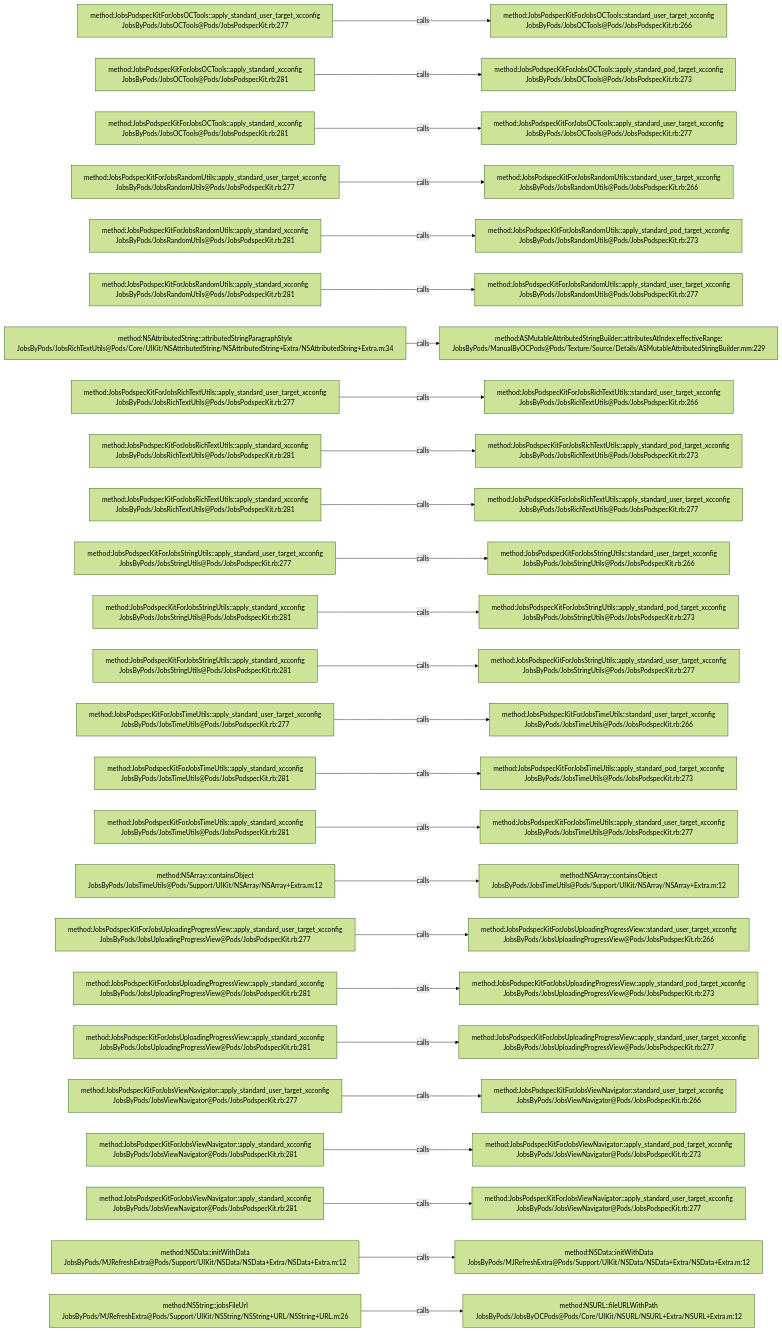
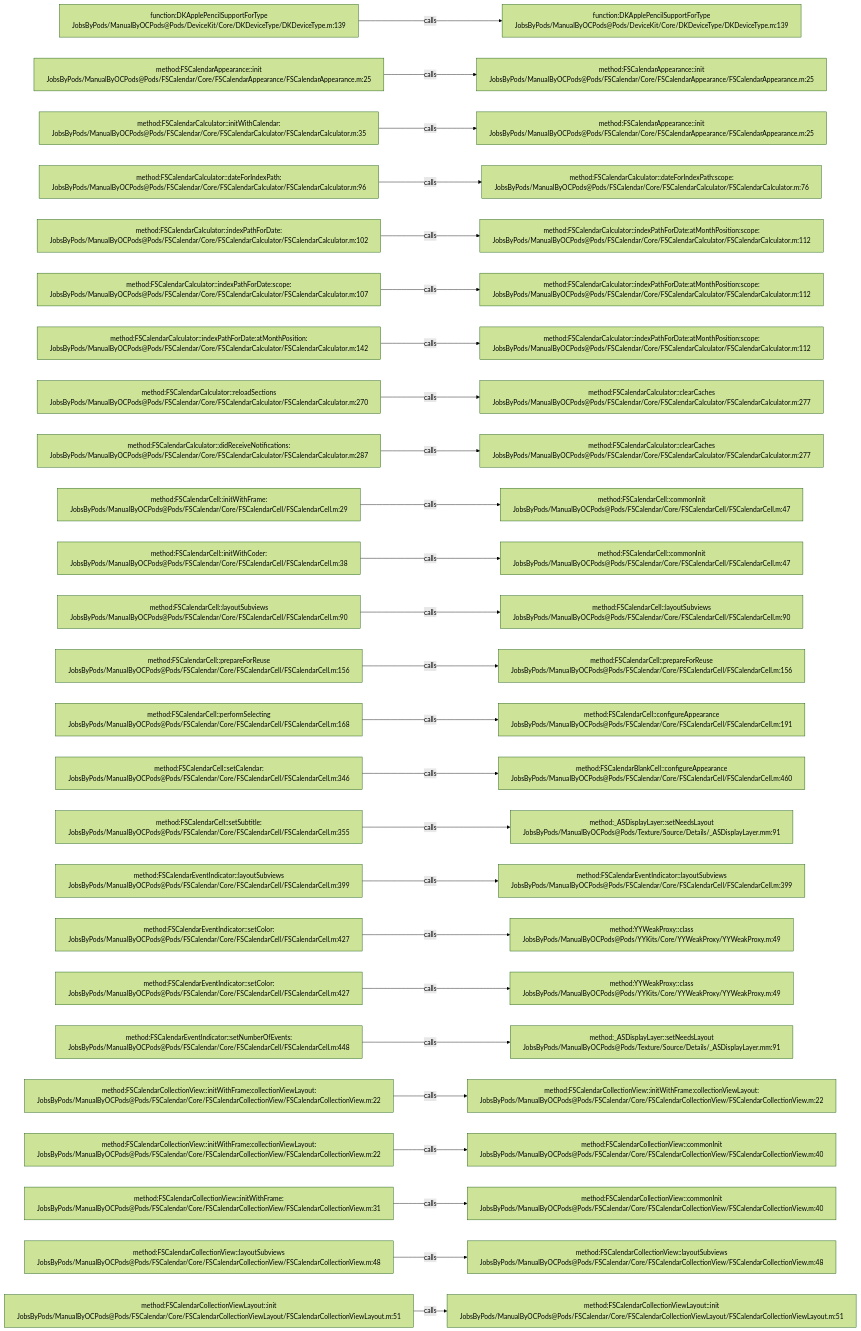
Before and after one commit to JobsKits/JobsOCBaseConfigDemo: the diagram in .codegraph/codegraph.md/graphs/calls-007.md, drawn with Mermaid (forest theme). The commit also changed 2723 other files, not shown here.

````diff
--- a/.codegraph/codegraph.md/graphs/calls-007.md
+++ b/.codegraph/codegraph.md/graphs/calls-007.md
@@ -13,78 +13,78 @@
 ```mermaid
 flowchart LR
-  S1["method:JobsPodspecKitForJobsOCTools::apply_standard_user_target_xcconfig<br/>JobsByPods/JobsOCTools@Pods/JobsPodspecKit.rb:277"]
-  T1["method:JobsPodspecKitForJobsOCTools::standard_user_target_xcconfig<br/>JobsByPods/JobsOCTools@Pods/JobsPodspecKit.rb:266"]
+  S1["function:DKApplePencilSupportForType<br/>JobsByPods/ManualByOCPods@Pods/DeviceKit/Core/DKDeviceType/DKDeviceType.m:139"]
+  T1["function:DKApplePencilSupportForType<br/>JobsByPods/ManualByOCPods@Pods/DeviceKit/Core/DKDeviceType/DKDeviceType.m:139"]
   S1 -->|calls| T1
-  S2["method:JobsPodspecKitForJobsOCTools::apply_standard_xcconfig<br/>JobsByPods/JobsOCTools@Pods/JobsPodspecKit.rb:281"]
-  T2["method:JobsPodspecKitForJobsOCTools::apply_standard_pod_target_xcconfig<br/>JobsByPods/JobsOCTools@Pods/JobsPodspecKit.rb:273"]
+  S2["method:FSCalendarAppearance::init<br/>JobsByPods/ManualByOCPods@Pods/FSCalendar/Core/FSCalendarAppearance/FSCalendarAppearance.m:25"]
+  T2["method:FSCalendarAppearance::init<br/>JobsByPods/ManualByOCPods@Pods/FSCalendar/Core/FSCalendarAppearance/FSCalendarAppearance.m:25"]
   S2 -->|calls| T2
-  S3["method:JobsPodspecKitForJobsOCTools::apply_standard_xcconfig<br/>JobsByPods/JobsOCTools@Pods/JobsPodspecKit.rb:281"]
-  T3["method:JobsPodspecKitForJobsOCTools::apply_standard_user_target_xcconfig<br/>JobsByPods/JobsOCTools@Pods/JobsPodspecKit.rb:277"]
+  S3["method:FSCalendarCalculator::initWithCalendar:<br/>JobsByPods/ManualByOCPods@Pods/FSCalendar/Core/FSCalendarCalculator/FSCalendarCalculator.m:35"]
+  T3["method:FSCalendarAppearance::init<br/>JobsByPods/ManualByOCPods@Pods/FSCalendar/Core/FSCalendarAppearance/FSCalendarAppearance.m:25"]
   S3 -->|calls| T3
-  S4["method:JobsPodspecKitForJobsRandomUtils::apply_standard_user_target_xcconfig<br/>JobsByPods/JobsRandomUtils@Pods/JobsPodspecKit.rb:277"]
-  T4["method:JobsPodspecKitForJobsRandomUtils::standard_user_target_xcconfig<br/>JobsByPods/JobsRandomUtils@Pods/JobsPodspecKit.rb:266"]
+  S4["method:FSCalendarCalculator::dateForIndexPath:<br/>JobsByPods/ManualByOCPods@Pods/FSCalendar/Core/FSCalendarCalculator/FSCalendarCalculator.m:96"]
+  T4["method:FSCalendarCalculator::dateForIndexPath:scope:<br/>JobsByPods/ManualByOCPods@Pods/FSCalendar/Core/FSCalendarCalculator/FSCalendarCalculator.m:76"]
   S4 -->|calls| T4
-  S5["method:JobsPodspecKitForJobsRandomUtils::apply_standard_xcconfig<br/>JobsByPods/JobsRandomUtils@Pods/JobsPodspecKit.rb:281"]
-  T5["method:JobsPodspecKitForJobsRandomUtils::apply_standard_pod_target_xcconfig<br/>JobsByPods/JobsRandomUtils@Pods/JobsPodspecKit.rb:273"]
+  S5["method:FSCalendarCalculator::indexPathForDate:<br/>JobsByPods/ManualByOCPods@Pods/FSCalendar/Core/FSCalendarCalculator/FSCalendarCalculator.m:102"]
+  T5["method:FSCalendarCalculator::indexPathForDate:atMonthPosition:scope:<br/>JobsByPods/ManualByOCPods@Pods/FSCalendar/Core/FSCalendarCalculator/FSCalendarCalculator.m:112"]
   S5 -->|calls| T5
-  S6["method:JobsPodspecKitForJobsRandomUtils::apply_standard_xcconfig<br/>JobsByPods/JobsRandomUtils@Pods/JobsPodspecKit.rb:281"]
-  T6["method:JobsPodspecKitForJobsRandomUtils::apply_standard_user_target_xcconfig<br/>JobsByPods/JobsRandomUtils@Pods/JobsPodspecKit.rb:277"]
+  S6["method:FSCalendarCalculator::indexPathForDate:scope:<br/>JobsByPods/ManualByOCPods@Pods/FSCalendar/Core/FSCalendarCalculator/FSCalendarCalculator.m:107"]
+  T6["method:FSCalendarCalculator::indexPathForDate:atMonthPosition:scope:<br/>JobsByPods/ManualByOCPods@Pods/FSCalendar/Core/FSCalendarCalculator/FSCalendarCalculator.m:112"]
   S6 -->|calls| T6
-  S7["method:NSAttributedString::attributedStringParagraphStyle<br/>JobsByPods/JobsRichTextUtils@Pods/Core/UIKit/NSAttributedString/NSAttributedString+Extra/NSAttributedString+Extra.m:34"]
-  T7["method:ASMutableAttributedStringBuilder::attributesAtIndex:effectiveRange:<br/>JobsByPods/ManualByOCPods@Pods/Texture/Source/Details/ASMutableAttributedStringBuilder.mm:229"]
+  S7["method:FSCalendarCalculator::indexPathForDate:atMonthPosition:<br/>JobsByPods/ManualByOCPods@Pods/FSCalendar/Core/FSCalendarCalculator/FSCalendarCalculator.m:142"]
+  T7["method:FSCalendarCalculator::indexPathForDate:atMonthPosition:scope:<br/>JobsByPods/ManualByOCPods@Pods/FSCalendar/Core/FSCalendarCalculator/FSCalendarCalculator.m:112"]
   S7 -->|calls| T7
-  S8["method:JobsPodspecKitForJobsRichTextUtils::apply_standard_user_target_xcconfig<br/>JobsByPods/JobsRichTextUtils@Pods/JobsPodspecKit.rb:277"]
-  T8["method:JobsPodspecKitForJobsRichTextUtils::standard_user_target_xcconfig<br/>JobsByPods/JobsRichTextUtils@Pods/JobsPodspecKit.rb:266"]
+  S8["method:FSCalendarCalculator::reloadSections<br/>JobsByPods/ManualByOCPods@Pods/FSCalendar/Core/FSCalendarCalculator/FSCalendarCalculator.m:270"]
+  T8["method:FSCalendarCalculator::clearCaches<br/>JobsByPods/ManualByOCPods@Pods/FSCalendar/Core/FSCalendarCalculator/FSCalendarCalculator.m:277"]
   S8 -->|calls| T8
-  S9["method:JobsPodspecKitForJobsRichTextUtils::apply_standard_xcconfig<br/>JobsByPods/JobsRichTextUtils@Pods/JobsPodspecKit.rb:281"]
-  T9["method:JobsPodspecKitForJobsRichTextUtils::apply_standard_pod_target_xcconfig<br/>JobsByPods/JobsRichTextUtils@Pods/JobsPodspecKit.rb:273"]
+  S9["method:FSCalendarCalculator::didReceiveNotifications:<br/>JobsByPods/ManualByOCPods@Pods/FSCalendar/Core/FSCalendarCalculator/FSCalendarCalculator.m:287"]
+  T9["method:FSCalendarCalculator::clearCaches<br/>JobsByPods/ManualByOCPods@Pods/FSCalendar/Core/FSCalendarCalculator/FSCalendarCalculator.m:277"]
   S9 -->|calls| T9
-  S10["method:JobsPodspecKitForJobsRichTextUtils::apply_standard_xcconfig<br/>JobsByPods/JobsRichTextUtils@Pods/JobsPodspecKit.rb:281"]
-  T10["method:JobsPodspecKitForJobsRichTextUtils::apply_standard_user_target_xcconfig<br/>JobsByPods/JobsRichTextUtils@Pods/JobsPodspecKit.rb:277"]
+  S10["method:FSCalendarCell::initWithFrame:<br/>JobsByPods/ManualByOCPods@Pods/FSCalendar/Core/FSCalendarCell/FSCalendarCell.m:29"]
+  T10["method:FSCalendarCell::commonInit<br/>JobsByPods/ManualByOCPods@Pods/FSCalendar/Core/FSCalendarCell/FSCalendarCell.m:47"]
   S10 -->|calls| T10
-  S11["method:JobsPodspecKitForJobsStringUtils::apply_standard_user_target_xcconfig<br/>JobsByPods/JobsStringUtils@Pods/JobsPodspecKit.rb:277"]
-  T11["method:JobsPodspecKitForJobsStringUtils::standard_user_target_xcconfig<br/>JobsByPods/JobsStringUtils@Pods/JobsPodspecKit.rb:266"]
+  S11["method:FSCalendarCell::initWithCoder:<br/>JobsByPods/ManualByOCPods@Pods/FSCalendar/Core/FSCalendarCell/FSCalendarCell.m:38"]
+  T11["method:FSCalendarCell::commonInit<br/>JobsByPods/ManualByOCPods@Pods/FSCalendar/Core/FSCalendarCell/FSCalendarCell.m:47"]
   S11 -->|calls| T11
-  S12["method:JobsPodspecKitForJobsStringUtils::apply_standard_xcconfig<br/>JobsByPods/JobsStringUtils@Pods/JobsPodspecKit.rb:281"]
-  T12["method:JobsPodspecKitForJobsStringUtils::apply_standard_pod_target_xcconfig<br/>JobsByPods/JobsStringUtils@Pods/JobsPodspecKit.rb:273"]
+  S12["method:FSCalendarCell::layoutSubviews<br/>JobsByPods/ManualByOCPods@Pods/FSCalendar/Core/FSCalendarCell/FSCalendarCell.m:90"]
+  T12["method:FSCalendarCell::layoutSubviews<br/>JobsByPods/ManualByOCPods@Pods/FSCalendar/Core/FSCalendarCell/FSCalendarCell.m:90"]
   S12 -->|calls| T12
-  S13["method:JobsPodspecKitForJobsStringUtils::apply_standard_xcconfig<br/>JobsByPods/JobsStringUtils@Pods/JobsPodspecKit.rb:281"]
-  T13["method:JobsPodspecKitForJobsStringUtils::apply_standard_user_target_xcconfig<br/>JobsByPods/JobsStringUtils@Pods/JobsPodspecKit.rb:277"]
+  S13["method:FSCalendarCell::prepareForReuse<br/>JobsByPods/ManualByOCPods@Pods/FSCalendar/Core/FSCalendarCell/FSCalendarCell.m:156"]
+  T13["method:FSCalendarCell::prepareForReuse<br/>JobsByPods/ManualByOCPods@Pods/FSCalendar/Core/FSCalendarCell/FSCalendarCell.m:156"]
   S13 -->|calls| T13
-  S14["method:JobsPodspecKitForJobsTimeUtils::apply_standard_user_target_xcconfig<br/>JobsByPods/JobsTimeUtils@Pods/JobsPodspecKit.rb:277"]
-  T14["method:JobsPodspecKitForJobsTimeUtils::standard_user_target_xcconfig<br/>JobsByPods/JobsTimeUtils@Pods/JobsPodspecKit.rb:266"]
+  S14["method:FSCalendarCell::performSelecting<br/>JobsByPods/ManualByOCPods@Pods/FSCalendar/Core/FSCalendarCell/FSCalendarCell.m:168"]
+  T14["method:FSCalendarCell::configureAppearance<br/>JobsByPods/ManualByOCPods@Pods/FSCalendar/Core/FSCalendarCell/FSCalendarCell.m:191"]
   S14 -->|calls| T14
-  S15["method:JobsPodspecKitForJobsTimeUtils::apply_standard_xcconfig<br/>JobsByPods/JobsTimeUtils@Pods/JobsPodspecKit.rb:281"]
-  T15["method:JobsPodspecKitForJobsTimeUtils::apply_standard_pod_target_xcconfig<br/>JobsByPods/JobsTimeUtils@Pods/JobsPodspecKit.rb:273"]
+  S15["method:FSCalendarCell::setCalendar:<br/>JobsByPods/ManualByOCPods@Pods/FSCalendar/Core/FSCalendarCell/FSCalendarCell.m:346"]
+  T15["method:FSCalendarBlankCell::configureAppearance<br/>JobsByPods/ManualByOCPods@Pods/FSCalendar/Core/FSCalendarCell/FSCalendarCell.m:460"]
   S15 -->|calls| T15
-  S16["method:JobsPodspecKitForJobsTimeUtils::apply_standard_xcconfig<br/>JobsByPods/JobsTimeUtils@Pods/JobsPodspecKit.rb:281"]
-  T16["method:JobsPodspecKitForJobsTimeUtils::apply_standard_user_target_xcconfig<br/>JobsByPods/JobsTimeUtils@Pods/JobsPodspecKit.rb:277"]
+  S16["method:FSCalendarCell::setSubtitle:<br/>JobsByPods/ManualByOCPods@Pods/FSCalendar/Core/FSCalendarCell/FSCalendarCell.m:355"]
+  T16["method:_ASDisplayLayer::setNeedsLayout<br/>JobsByPods/ManualByOCPods@Pods/Texture/Source/Details/_ASDisplayLayer.mm:91"]
   S16 -->|calls| T16
-  S17["method:NSArray::containsObject<br/>JobsByPods/JobsTimeUtils@Pods/Support/UIKit/NSArray/NSArray+Extra.m:12"]
-  T17["method:NSArray::containsObject<br/>JobsByPods/JobsTimeUtils@Pods/Support/UIKit/NSArray/NSArray+Extra.m:12"]
+  S17["method:FSCalendarEventIndicator::layoutSubviews<br/>JobsByPods/ManualByOCPods@Pods/FSCalendar/Core/FSCalendarCell/FSCalendarCell.m:399"]
+  T17["method:FSCalendarEventIndicator::layoutSubviews<br/>JobsByPods/ManualByOCPods@Pods/FSCalendar/Core/FSCalendarCell/FSCalendarCell.m:399"]
   S17 -->|calls| T17
-  S18["method:JobsPodspecKitForJobsUploadingProgressView::apply_standard_user_target_xcconfig<br/>JobsByPods/JobsUploadingProgressView@Pods/JobsPodspecKit.rb:277"]
-  T18["method:JobsPodspecKitForJobsUploadingProgressView::standard_user_target_xcconfig<br/>JobsByPods/JobsUploadingProgressView@Pods/JobsPodspecKit.rb:266"]
+  S18["method:FSCalendarEventIndicator::setColor:<br/>JobsByPods/ManualByOCPods@Pods/FSCalendar/Core/FSCalendarCell/FSCalendarCell.m:427"]
+  T18["method:YYWeakProxy::class<br/>JobsByPods/ManualByOCPods@Pods/YYKits/Core/YYWeakProxy/YYWeakProxy.m:49"]
   S18 -->|calls| T18
-  S19["method:JobsPodspecKitForJobsUploadingProgressView::apply_standard_xcconfig<br/>JobsByPods/JobsUploadingProgressView@Pods/JobsPodspecKit.rb:281"]
-  T19["method:JobsPodspecKitForJobsUploadingProgressView::apply_standard_pod_target_xcconfig<br/>JobsByPods/JobsUploadingProgressView@Pods/JobsPodspecKit.rb:273"]
+  S19["method:FSCalendarEventIndicator::setColor:<br/>JobsByPods/ManualByOCPods@Pods/FSCalendar/Core/FSCalendarCell/FSCalendarCell.m:427"]
+  T19["method:YYWeakProxy::class<br/>JobsByPods/ManualByOCPods@Pods/YYKits/Core/YYWeakProxy/YYWeakProxy.m:49"]
   S19 -->|calls| T19
-  S20["method:JobsPodspecKitForJobsUploadingProgressView::apply_standard_xcconfig<br/>JobsByPods/JobsUploadingProgressView@Pods/JobsPodspecKit.rb:281"]
-  T20["method:JobsPodspecKitForJobsUploadingProgressView::apply_standard_user_target_xcconfig<br/>JobsByPods/JobsUploadingProgressView@Pods/JobsPodspecKit.rb:277"]
+  S20["method:FSCalendarEventIndicator::setNumberOfEvents:<br/>JobsByPods/ManualByOCPods@Pods/FSCalendar/Core/FSCalendarCell/FSCalendarCell.m:448"]
+  T20["method:_ASDisplayLayer::setNeedsLayout<br/>JobsByPods/ManualByOCPods@Pods/Texture/Source/Details/_ASDisplayLayer.mm:91"]
   S20 -->|calls| T20
-  S21["method:JobsPodspecKitForJobsViewNavigator::apply_standard_user_target_xcconfig<br/>JobsByPods/JobsViewNavigator@Pods/JobsPodspecKit.rb:277"]
-  T21["method:JobsPodspecKitForJobsViewNavigator::standard_user_target_xcconfig<br/>JobsByPods/JobsViewNavigator@Pods/JobsPodspecKit.rb:266"]
+  S21["method:FSCalendarCollectionView::initWithFrame:collectionViewLayout:<br/>JobsByPods/ManualByOCPods@Pods/FSCalendar/Core/FSCalendarCollectionView/FSCalendarCollectionView.m:22"]
+  T21["method:FSCalendarCollectionView::initWithFrame:collectionViewLayout:<br/>JobsByPods/ManualByOCPods@Pods/FSCalendar/Core/FSCalendarCollectionView/FSCalendarCollectionView.m:22"]
   S21 -->|calls| T21
-  S22["method:JobsPodspecKitForJobsViewNavigator::apply_standard_xcconfig<br/>JobsByPods/JobsViewNavigator@Pods/JobsPodspecKit.rb:281"]
-  T22["method:JobsPodspecKitForJobsViewNavigator::apply_standard_pod_target_xcconfig<br/>JobsByPods/JobsViewNavigator@Pods/JobsPodspecKit.rb:273"]
+  S22["method:FSCalendarCollectionView::initWithFrame:collectionViewLayout:<br/>JobsByPods/ManualByOCPods@Pods/FSCalendar/Core/FSCalendarCollectionView/FSCalendarCollectionView.m:22"]
+  T22["method:FSCalendarCollectionView::commonInit<br/>JobsByPods/ManualByOCPods@Pods/FSCalendar/Core/FSCalendarCollectionView/FSCalendarCollectionView.m:40"]
   S22 -->|calls| T22
-  S23["method:JobsPodspecKitForJobsViewNavigator::apply_standard_xcconfig<br/>JobsByPods/JobsViewNavigator@Pods/JobsPodspecKit.rb:281"]
-  T23["method:JobsPodspecKitForJobsViewNavigator::apply_standard_user_target_xcconfig<br/>JobsByPods/JobsViewNavigator@Pods/JobsPodspecKit.rb:277"]
+  S23["method:FSCalendarCollectionView::initWithFrame:<br/>JobsByPods/ManualByOCPods@Pods/FSCalendar/Core/FSCalendarCollectionView/FSCalendarCollectionView.m:31"]
+  T23["method:FSCalendarCollectionView::commonInit<br/>JobsByPods/ManualByOCPods@Pods/FSCalendar/Core/FSCalendarCollectionView/FSCalendarCollectionView.m:40"]
   S23 -->|calls| T23
-  S24["method:NSData::initWithData<br/>JobsByPods/MJRefreshExtra@Pods/Support/UIKit/NSData/NSData+Extra/NSData+Extra.m:12"]
-  T24["method:NSData::initWithData<br/>JobsByPods/MJRefreshExtra@Pods/Support/UIKit/NSData/NSData+Extra/NSData+Extra.m:12"]
+  S24["method:FSCalendarCollectionView::layoutSubviews<br/>JobsByPods/ManualByOCPods@Pods/FSCalendar/Core/FSCalendarCollectionView/FSCalendarCollectionView.m:48"]
+  T24["method:FSCalendarCollectionView::layoutSubviews<br/>JobsByPods/ManualByOCPods@Pods/FSCalendar/Core/FSCalendarCollectionView/FSCalendarCollectionView.m:48"]
   S24 -->|calls| T24
-  S25["method:NSString::jobsFileUrl<br/>JobsByPods/MJRefreshExtra@Pods/Support/UIKit/NSString/NSString+URL/NSString+URL.m:26"]
-  T25["method:NSURL::fileURLWithPath<br/>JobsByPods/JobsByOCPods@Pods/Core/UIKit/NSURL/NSURL+Extra/NSURL+Extra.m:12"]
+  S25["method:FSCalendarCollectionViewLayout::init<br/>JobsByPods/ManualByOCPods@Pods/FSCalendar/Core/FSCalendarCollectionViewLayout/FSCalendarCollectionViewLayout.m:51"]
+  T25["method:FSCalendarCollectionViewLayout::init<br/>JobsByPods/ManualByOCPods@Pods/FSCalendar/Core/FSCalendarCollectionViewLayout/FSCalendarCollectionViewLayout.m:51"]
   S25 -->|calls| T25
 ```
````
